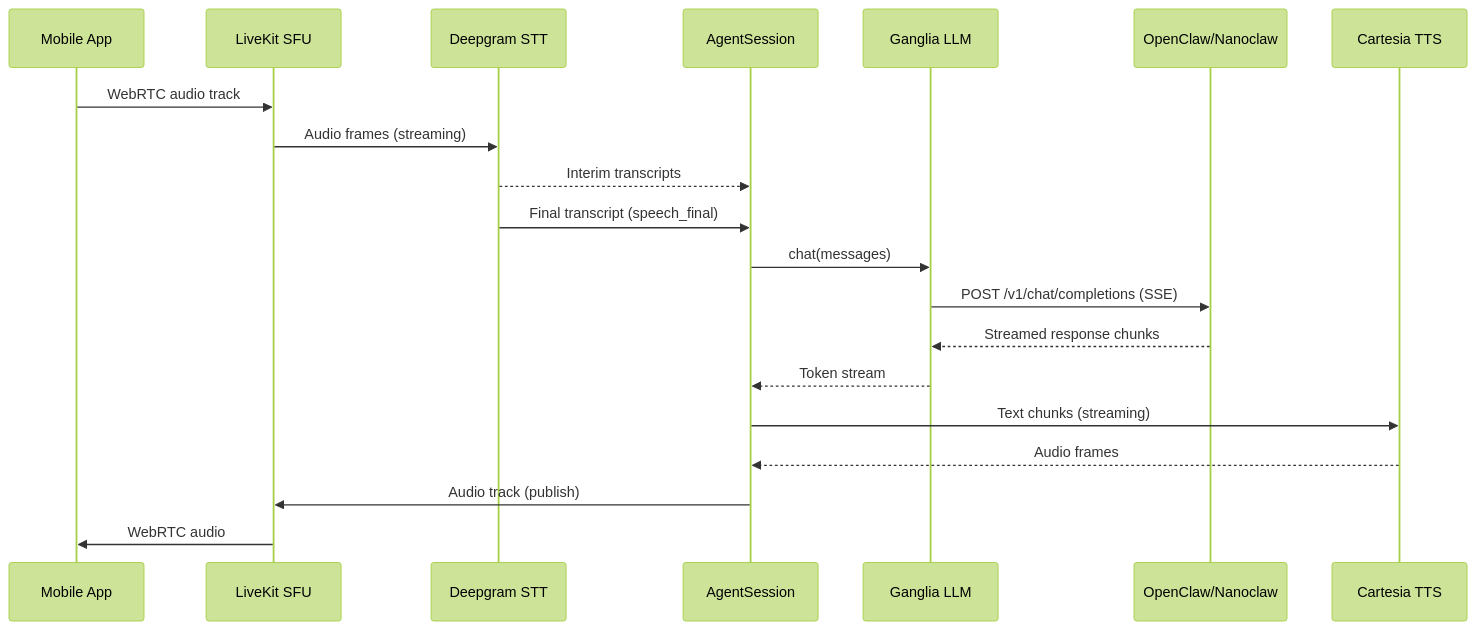
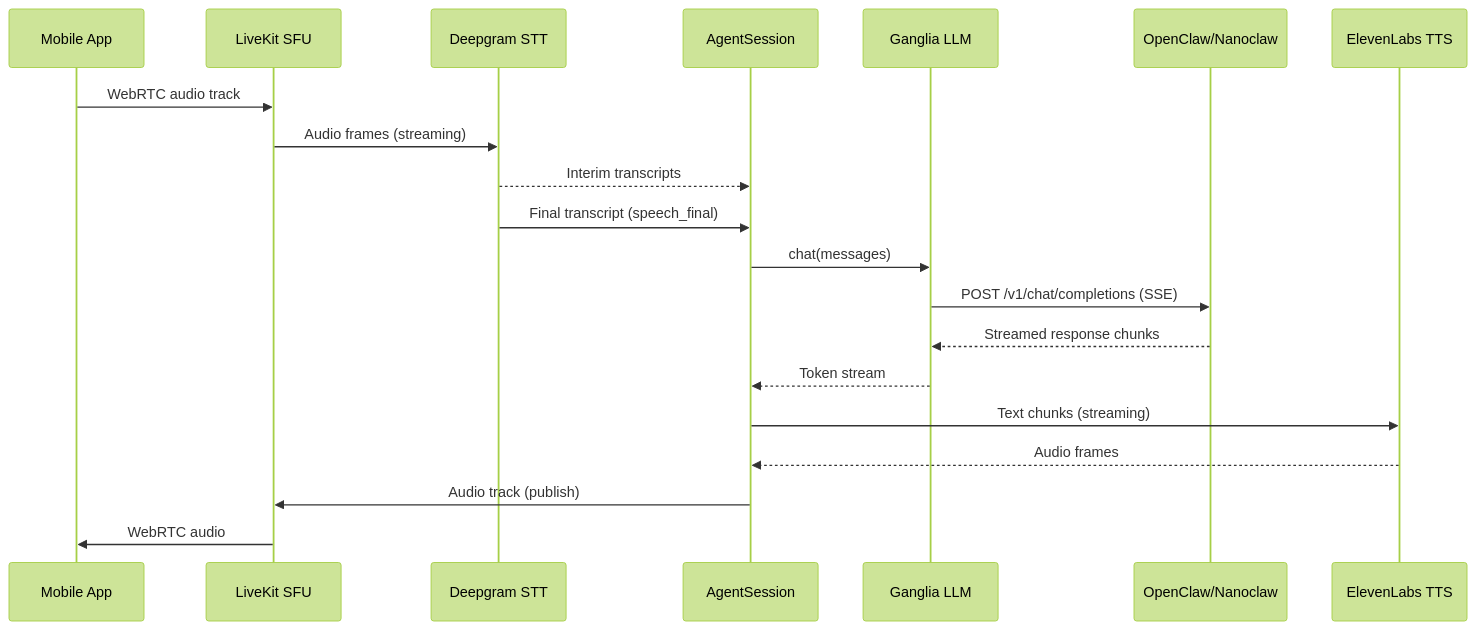
One commit to dremonkey/fletcher changed the diagram in docs/architecture/voice-pipeline.md. Above: the diagram before and after it, drawn with Mermaid (forest theme). The commit also changed other lines of this file and 7 other files, not shown here.

First line of the commit message:
feat(tts): switch default TTS from Cartesia to ElevenLabs

````diff
--- a/docs/architecture/voice-pipeline.md
+++ b/docs/architecture/voice-pipeline.md
@@ -7,25 +7,25 @@
 ```mermaid
 sequenceDiagram
     participant Phone as Mobile App
     participant LK as LiveKit SFU
     participant STT as Deepgram STT
     participant Agent as AgentSession
     participant LLM as Ganglia LLM
     participant Brain as OpenClaw/Nanoclaw
-    participant TTS as Cartesia TTS
+    participant TTS as ElevenLabs TTS
 
     Phone->>LK: WebRTC audio track
     LK->>STT: Audio frames (streaming)
     STT-->>Agent: Interim transcripts
     STT->>Agent: Final transcript (speech_final)
 
     Agent->>LLM: chat(messages)
     LLM->>Brain: POST /v1/chat/completions (SSE)
     Brain-->>LLM: Streamed response chunks
     LLM-->>Agent: Token stream
 
     Agent->>TTS: Text chunks (streaming)
     TTS-->>Agent: Audio frames
     Agent->>LK: Audio track (publish)
     LK->>Phone: WebRTC audio
 ```
````
